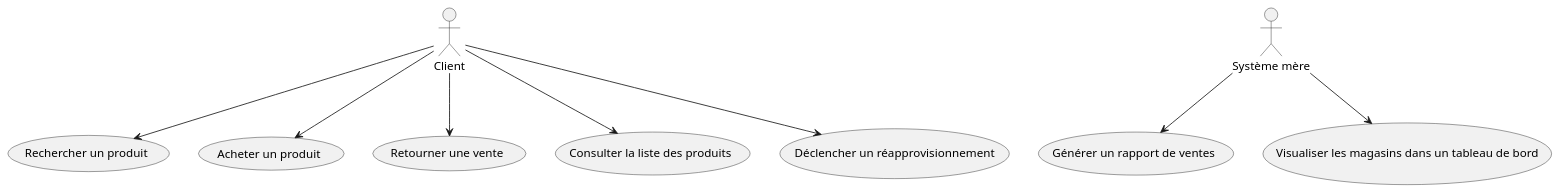
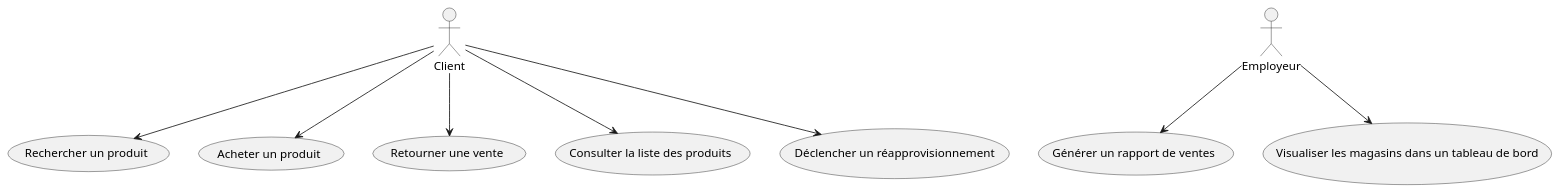
One commit to Barlow-Personal-Git/Projet_LOG430 changed the diagram in docs/UML/cas_utilisation.puml. Above: the diagram before and after it, drawn with PlantUML. The commit also changed 2 other files, not shown here.

Commit message:
diagramme temp

```diff
--- a/docs/UML/cas_utilisation.puml
+++ b/docs/UML/cas_utilisation.puml
@@ -1,20 +1,20 @@
 @startuml
 actor "Client" as Client
-actor "Système mère" as Systeme
+actor "Employeur" as Systeme
 
 usecase "Rechercher un produit" as UC1
 usecase "Acheter un produit" as UC2
 usecase "Retourner une vente" as UC3
 usecase "Consulter la liste des produits" as UC4
 usecase "Déclencher un réapprovisionnement" as UC5
 usecase "Générer un rapport de ventes" as UC6
 usecase "Visualiser les magasins dans un tableau de bord" as UC7
 
 Client --> UC1
 Client --> UC2
 Client --> UC3
 Client --> UC4
 Client --> UC5
 Systeme --> UC6
 Systeme --> UC7
 @enduml
```
